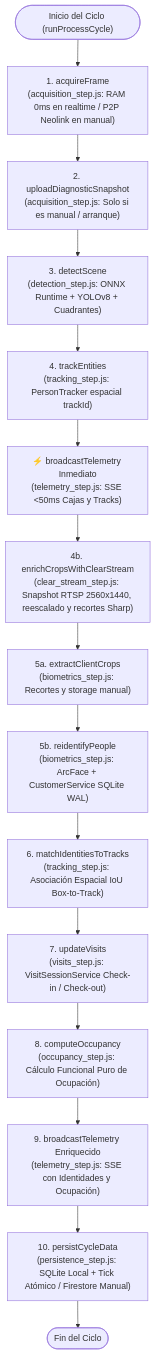
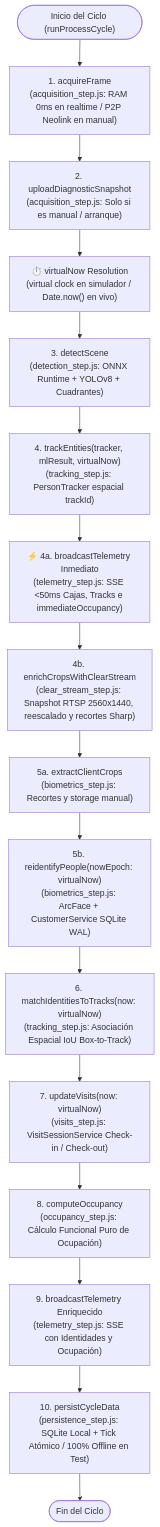
The diagram in agent/PROCESSES.md (mijahilbarra/smartcam), drawn with Mermaid before and after one commit. The commit also changed other lines of this file and 168 other files, not shown here.

````diff
--- a/agent/PROCESSES.md
+++ b/agent/PROCESSES.md
@@ -46,17 +46,18 @@
 ```mermaid
 flowchart TD
     START(["Inicio del Ciclo (runProcessCycle)"]) --> S1["1. acquireFrame<br/>(acquisition_step.js: RAM 0ms en realtime / P2P Neolink en manual)"]
     S1 --> S2["2. uploadDiagnosticSnapshot<br/>(acquisition_step.js: Solo si es manual / arranque)"]
-    S2 --> S3["3. detectScene<br/>(detection_step.js: ONNX Runtime + YOLOv8 + Cuadrantes)"]
-    S3 --> S4["4. trackEntities<br/>(tracking_step.js: PersonTracker espacial trackId)"]
-    S4 --> TEL_EARLY["⚡ broadcastTelemetry Inmediato<br/>(telemetry_step.js: SSE <50ms Cajas y Tracks)"]
+    S2 --> VNOW["⏱️ virtualNow Resolution<br/>(virtual clock en simulador / Date.now() en vivo)"]
+    VNOW --> S3["3. detectScene<br/>(detection_step.js: ONNX Runtime + YOLOv8 + Cuadrantes)"]
+    S3 --> S4["4. trackEntities(tracker, mlResult, virtualNow)<br/>(tracking_step.js: PersonTracker espacial trackId)"]
+    S4 --> TEL_EARLY["⚡ 4a. broadcastTelemetry Inmediato<br/>(telemetry_step.js: SSE <50ms Cajas, Tracks e immediateOccupancy)"]
     TEL_EARLY --> CLEAR["4b. enrichCropsWithClearStream<br/>(clear_stream_step.js: Snapshot RTSP 2560x1440, reescalado y recortes Sharp)"]
     CLEAR --> S5A["5a. extractClientCrops<br/>(biometrics_step.js: Recortes y storage manual)"]
-    S5A --> S5B["5b. reidentifyPeople<br/>(biometrics_step.js: ArcFace + CustomerService SQLite WAL)"]
-    S5B --> S6["6. matchIdentitiesToTracks<br/>(tracking_step.js: Asociación Espacial IoU Box-to-Track)"]
-    S6 --> S7["7. updateVisits<br/>(visits_step.js: VisitSessionService Check-in / Check-out)"]
+    S5A --> S5B["5b. reidentifyPeople(nowEpoch: virtualNow)<br/>(biometrics_step.js: ArcFace + CustomerService SQLite WAL)"]
+    S5B --> S6["6. matchIdentitiesToTracks(now: virtualNow)<br/>(tracking_step.js: Asociación Espacial IoU Box-to-Track)"]
+    S6 --> S7["7. updateVisits(now: virtualNow)<br/>(visits_step.js: VisitSessionService Check-in / Check-out)"]
     S7 --> S8["8. computeOccupancy<br/>(occupancy_step.js: Cálculo Funcional Puro de Ocupación)"]
     S8 --> TEL_FINAL["9. broadcastTelemetry Enriquecido<br/>(telemetry_step.js: SSE con Identidades y Ocupación)"]
-    TEL_FINAL --> S10["10. persistCycleData<br/>(persistence_step.js: SQLite Local + Tick Atómico / Firestore Manual)"]
+    TEL_FINAL --> S10["10. persistCycleData<br/>(persistence_step.js: SQLite Local + Tick Atómico / 100% Offline en Test)"]
     S10 --> END(["Fin del Ciclo"])
 ```
````
